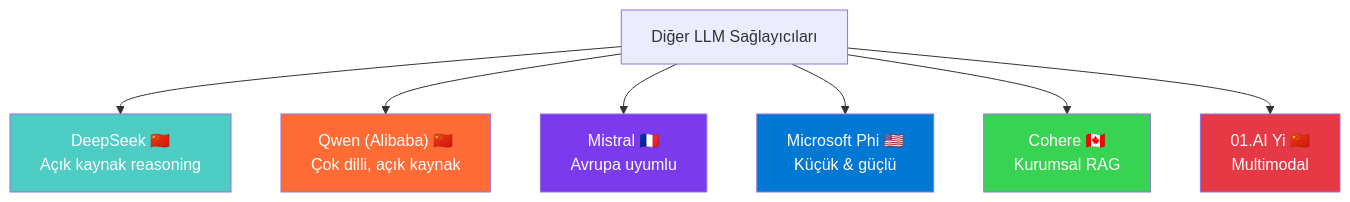
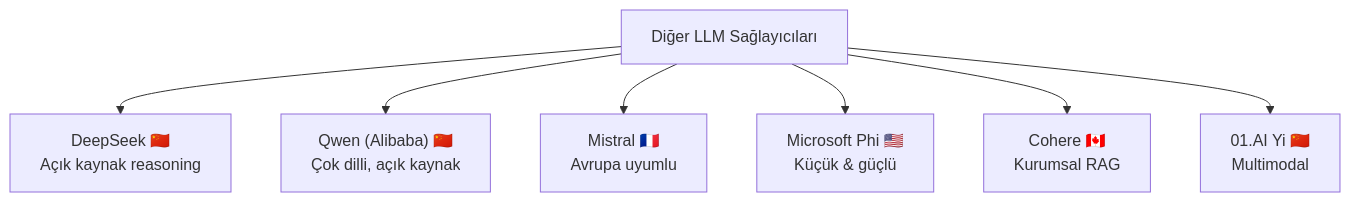
Before and after one commit to IzzetYasinAtes/ClaudeCodeHandbook: the first of 8 diagrams in 03-llm-saglayicilari/05-diger-saglayicilar.md, drawn with Mermaid. The commit also changed other lines of this file and 97 other files, not shown here.

Commit message:
Remove all custom Mermaid style/fill colors from 98 markdown files for consistent dark theme rendering

````diff
--- a/03-llm-saglayicilari/05-diger-saglayicilar.md
+++ b/03-llm-saglayicilari/05-diger-saglayicilar.md
@@ -14,18 +14,12 @@
 ```mermaid
 flowchart TD
     D["Diğer LLM Sağlayıcıları"]
 
     D --> DS["DeepSeek 🇨🇳<br/>Açık kaynak reasoning"]
     D --> QW["Qwen (Alibaba) 🇨🇳<br/>Çok dilli, açık kaynak"]
     D --> MI["Mistral 🇫🇷<br/>Avrupa uyumlu"]
     D --> PH["Microsoft Phi 🇺🇸<br/>Küçük & güçlü"]
     D --> CO["Cohere 🇨🇦<br/>Kurumsal RAG"]
     D --> YI["01.AI Yi 🇨🇳<br/>Multimodal"]
 
-    style DS fill:#4ecdc4,color:#fff
-    style QW fill:#ff6b35,color:#fff
-    style MI fill:#7c3aed,color:#fff
-    style PH fill:#0078d4,color:#fff
-    style CO fill:#39d353,color:#fff
-    style YI fill:#e63946,color:#fff
 ```
````
